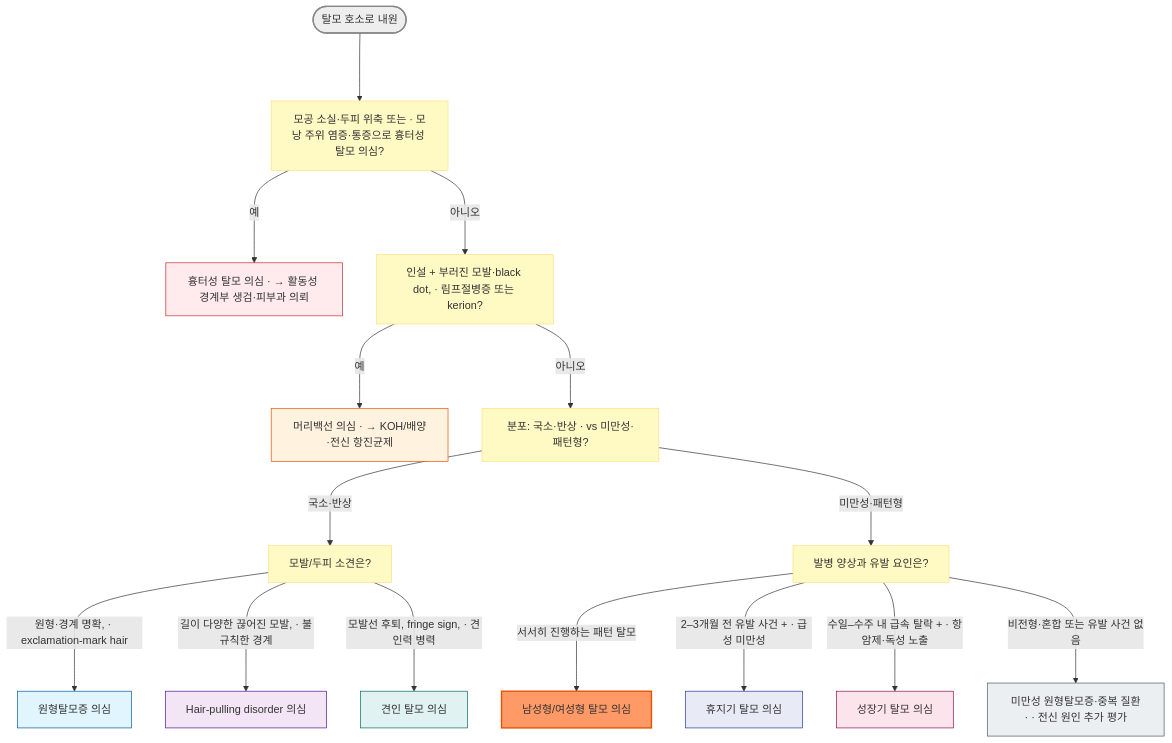
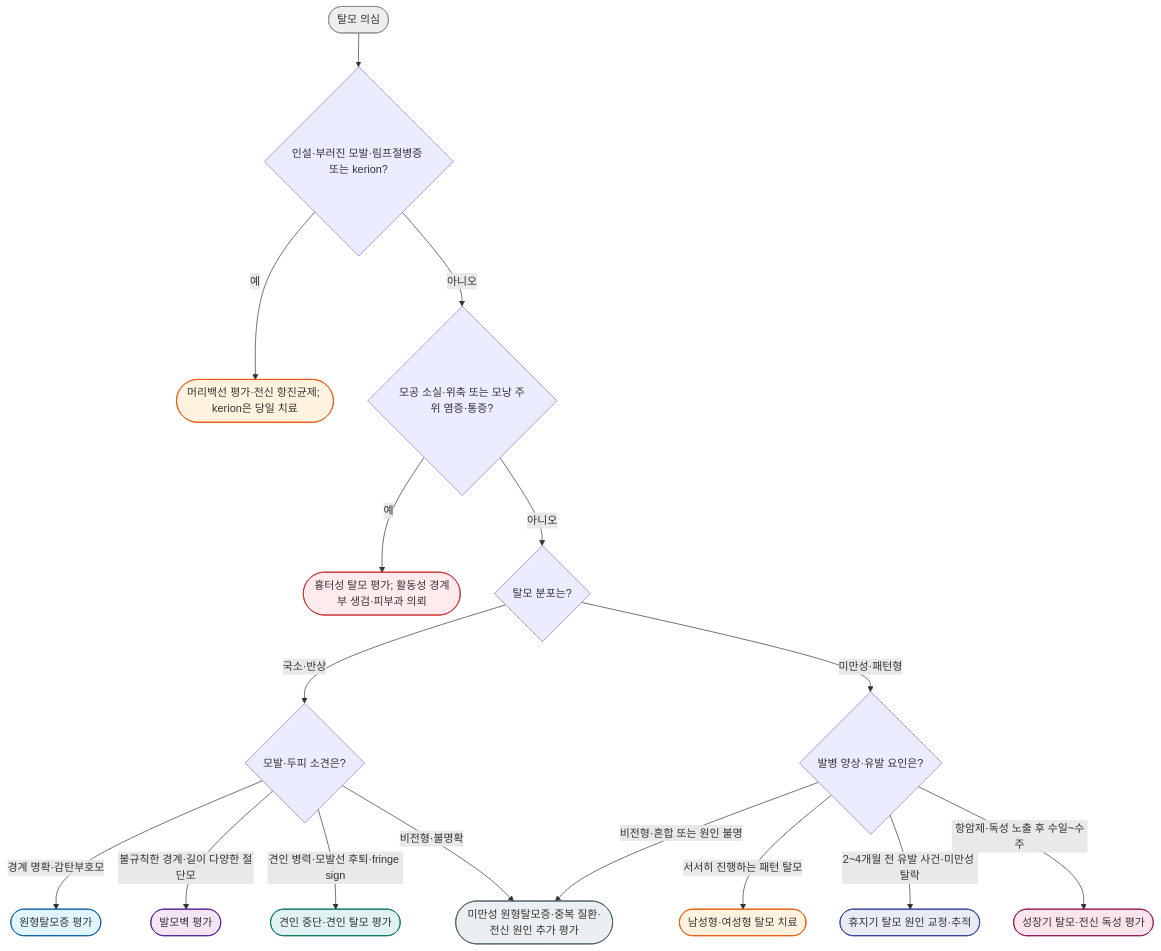
One commit to familyoh77/familyoh77 changed the diagram in 229_/186_-alopecia.md. Above: the diagram before and after it, drawn with Mermaid. The commit also changed other lines of this file, not shown here.

````diff
--- a/229_/186_-alopecia.md
+++ b/229_/186_-alopecia.md
@@ -157,35 +157,28 @@
 ```mermaid
 graph TD
-    Start(["탈모 호소로 내원"]) ---> Q1["모공 소실·두피 위축 또는 · 모낭 주위 염증·통증으로 흉터성 탈모 의심?"]
-    Q1 --->|"예"| DxScar["흉터성 탈모 의심 · → 활동성 경계부 생검·피부과 의뢰"]
-    Q1 --->|"아니오"| QTinea["인설 + 부러진 모발·black dot, · 림프절병증 또는 kerion?"]
-    QTinea --->|"예"| DxTinea["머리백선 의심 · → KOH/배양·전신 항진균제"]
-    QTinea --->|"아니오"| Q2["분포: 국소·반상 · vs 미만성·패턴형?"]
-
-    Q2 --->|"국소·반상"| Q3["모발/두피 소견은?"]
-    Q3 --->|"원형·경계 명확, · exclamation-mark hair"| DxAA["원형탈모증 의심"]
-    Q3 --->|"길이 다양한 끊어진 모발, · 불규칙한 경계"| DxTTM["Hair-pulling disorder 의심"]
-    Q3 --->|"모발선 후퇴, fringe sign, · 견인력 병력"| DxTA["견인 탈모 의심"]
-
-    Q2 --->|"미만성·패턴형"| Q4["발병 양상과 유발 요인은?"]
-    Q4 --->|"서서히 진행하는 패턴 탈모"| DxPattern["남성형/여성형 탈모 의심"]
-    Q4 --->|"2–3개월 전 유발 사건 + · 급성 미만성"| DxTE["휴지기 탈모 의심"]
-    Q4 --->|"수일–수주 내 급속 탈락 + · 항암제·독성 노출"| DxAE["성장기 탈모 의심"]
-    Q4 --->|"비전형·혼합 또는 유발 사건 없음"| DxOther["미만성 원형탈모증·중복 질환· · 전신 원인 추가 평가"]
-
-    style Start fill:#eeeeee,stroke:#888888,stroke-width:2px
-    style Q1 fill:#fff9c4,stroke:#ffe082
-    style QTinea fill:#fff9c4,stroke:#ffe082
-    style Q2 fill:#fff9c4,stroke:#ffe082
-    style Q3 fill:#fff9c4,stroke:#ffe082
-    style Q4 fill:#fff9c4,stroke:#ffe082
-    style DxPattern fill:#f96,stroke:#e65100,stroke-width:2px
+    Start(["탈모 의심"]) --> QTinea{"인설·부러진 모발·림프절병증 또는 kerion?"}
+    QTinea -->|"예"| DxTinea(["머리백선 평가·전신 항진균제; kerion은 당일 치료"])
+    QTinea -->|"아니오"| Q1{"모공 소실·위축 또는 모낭 주위 염증·통증?"}
+    Q1 -->|"예"| DxScar(["흉터성 탈모 평가; 활동성 경계부 생검·피부과 의뢰"])
+    Q1 -->|"아니오"| Q2{"탈모 분포는?"}
+    Q2 -->|"국소·반상"| Q3{"모발·두피 소견은?"}
+    Q3 -->|"경계 명확·감탄부호모"| DxAA(["원형탈모증 평가"])
+    Q3 -->|"불규칙한 경계·길이 다양한 절단모"| DxTTM(["발모벽 평가"])
+    Q3 -->|"견인 병력·모발선 후퇴·fringe sign"| DxTA(["견인 중단·견인 탈모 평가"])
+    Q3 -->|"비전형·불명확"| DxOther(["미만성 원형탈모증·중복 질환·전신 원인 추가 평가"])
+    Q2 -->|"미만성·패턴형"| Q4{"발병 양상·유발 요인은?"}
+    Q4 -->|"서서히 진행하는 패턴 탈모"| DxPattern(["남성형·여성형 탈모 치료"])
+    Q4 -->|"2~4개월 전 유발 사건·미만성 탈락"| DxTE(["휴지기 탈모 원인 교정·추적"])
+    Q4 -->|"항암제·독성 노출 후 수일~수주"| DxAE(["성장기 탈모·전신 독성 평가"])
+    Q4 -->|"비전형·혼합 또는 원인 불명"| DxOther
+    style Start fill:#eeeeee,stroke:#888888
+    style DxTinea fill:#fff3e0,stroke:#e65100
     style DxScar fill:#ffebee,stroke:#c62828
     style DxAA fill:#e1f5fe,stroke:#01579b
-    style DxTinea fill:#fff3e0,stroke:#e65100
     style DxTTM fill:#f3e5f5,stroke:#4a148c
     style DxTA fill:#e0f2f1,stroke:#00695c
+    style DxPattern fill:#fff3e0,stroke:#e65100
     style DxTE fill:#e8eaf6,stroke:#283593
     style DxAE fill:#fce4ec,stroke:#880e4f
     style DxOther fill:#eceff1,stroke:#455a64
 ```
````
